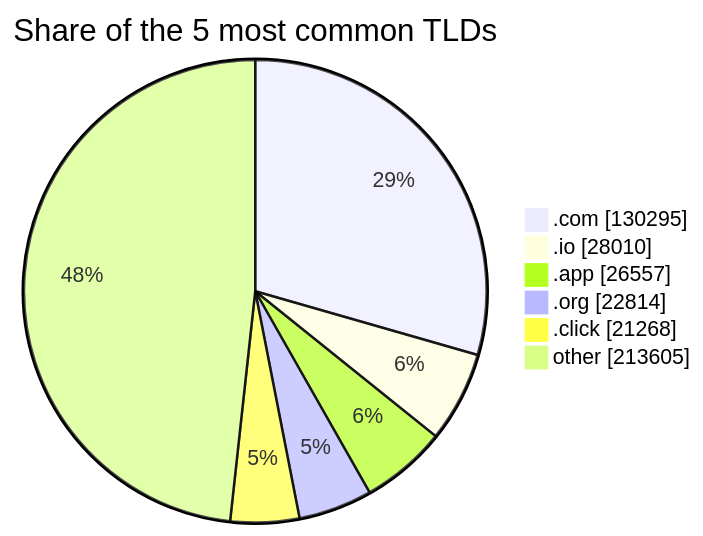
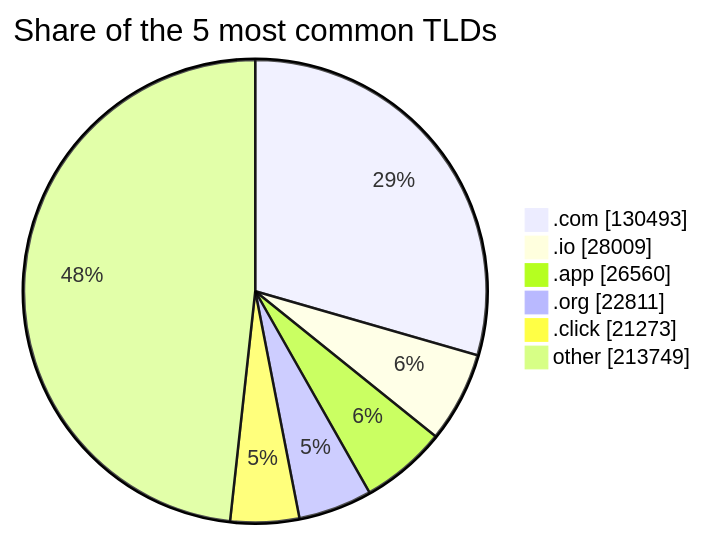
The third of 3 diagrams in README.md (DNSBunker/CTI), drawn with Mermaid before and after one commit. The commit also changed other lines of this file and 3 other files, not shown here.

````diff
--- a/README.md
+++ b/README.md
@@ -81,9 +81,9 @@
 ```mermaid
 pie showData title Share of the 5 most common TLDs
-    ".com" : 130295
-    ".io" : 28010
-    ".app" : 26557
-    ".org" : 22814
-    ".click" : 21268
-    "other" : 213605
+    ".com" : 130493
+    ".io" : 28009
+    ".app" : 26560
+    ".org" : 22811
+    ".click" : 21273
+    "other" : 213749
 ```
````
